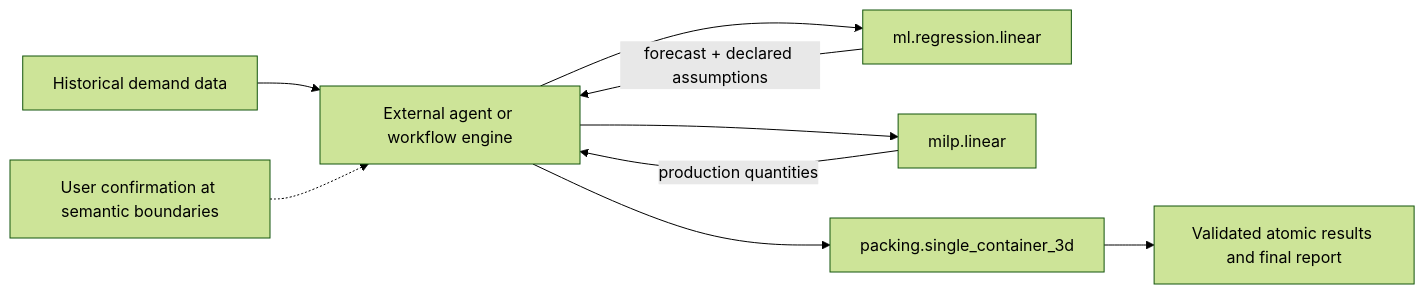
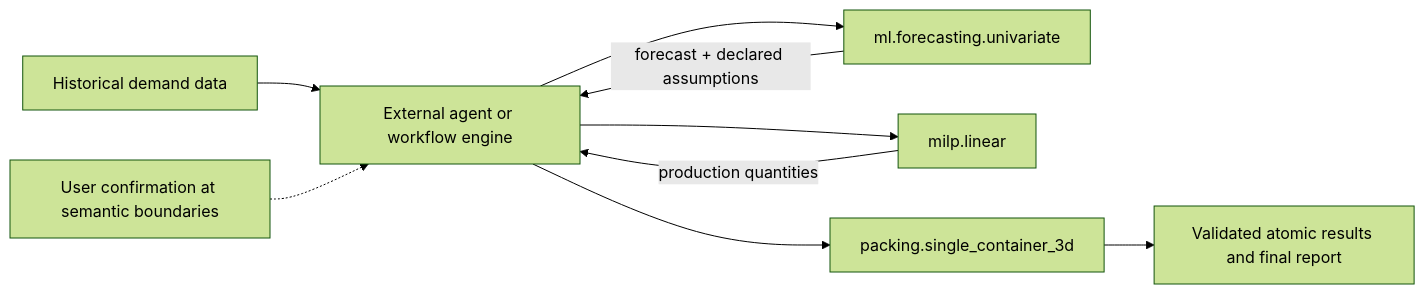
One commit to Pablo-gitub/optees changed diagram 11 of 11 in docs/ARCHITECTURE.md. Above: the diagram before and after it, drawn with Mermaid (forest theme). The commit also changed other lines of this file and 16 other files, not shown here.

````diff
--- a/docs/ARCHITECTURE.md
+++ b/docs/ARCHITECTURE.md
@@ -579,12 +583,12 @@
 ```mermaid
 flowchart LR
     Data["Historical demand data"] --> Agent["External agent or workflow engine"]
-    Agent --> Forecast["ml.regression.linear"]
+    Agent --> Forecast["ml.forecasting.univariate"]
     Forecast -->|"forecast + declared assumptions"| Agent
     Agent --> Plan["milp.linear"]
     Plan -->|"production quantities"| Agent
     Agent --> Pack["packing.single_container_3d"]
     Pack --> Report["Validated atomic results and final report"]
 
     Confirm["User confirmation at semantic boundaries"] -.-> Agent
 ```
````
